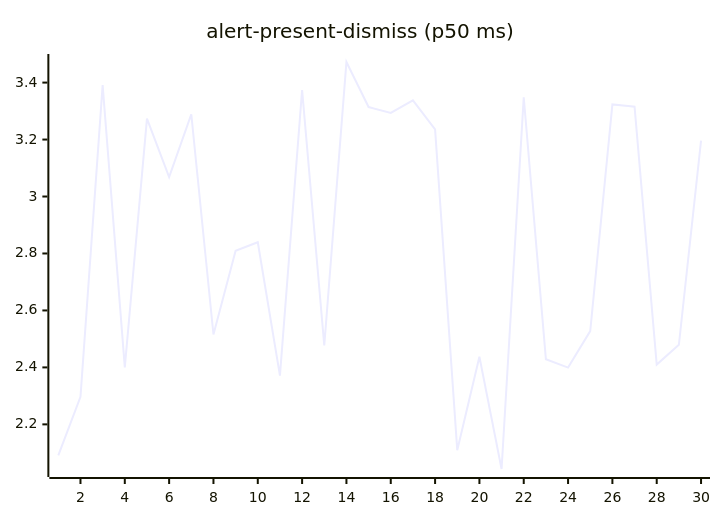
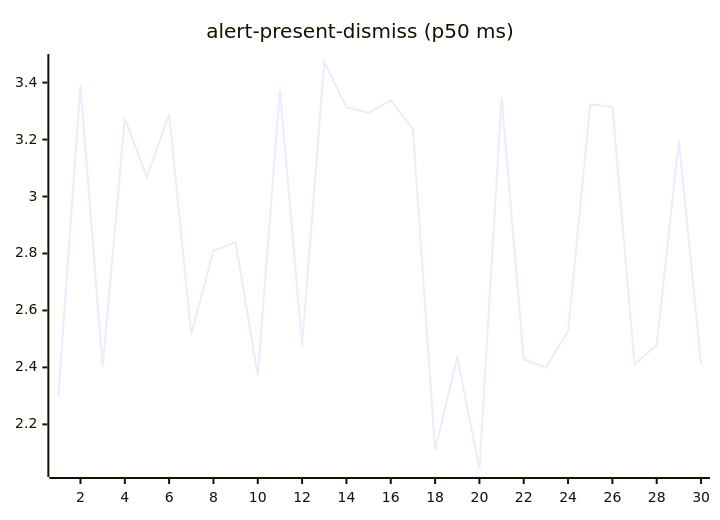
The second of 27 diagrams in README.md (josha/Facet), drawn with Mermaid before and after one commit. The commit also changed other lines of this file and 2 other files, not shown here.

````diff
--- a/README.md
+++ b/README.md
@@ -70,6 +70,6 @@
 ```mermaid
 xychart-beta
     title "alert-present-dismiss (p50 ms)"
     x-axis 1 --> 30
-    line [2.0908, 2.2965, 3.3910, 2.4000, 3.2732, 3.0684, 3.2888, 2.5156, 2.8095, 2.8395, 2.3714, 3.3741, 2.4770, 3.4723, 3.3142, 3.2934, 3.3378, 3.2358, 2.1094, 2.4372, 2.0433, 3.3486, 2.4287, 2.3992, 2.5276, 3.3233, 3.3156, 2.4099, 2.4796, 3.1966]
+    line [2.2965, 3.3910, 2.4000, 3.2732, 3.0684, 3.2888, 2.5156, 2.8095, 2.8395, 2.3714, 3.3741, 2.4770, 3.4723, 3.3142, 3.2934, 3.3378, 3.2358, 2.1094, 2.4372, 2.0433, 3.3486, 2.4287, 2.3992, 2.5276, 3.3233, 3.3156, 2.4099, 2.4796, 3.1966, 2.4115]
 ```
````
